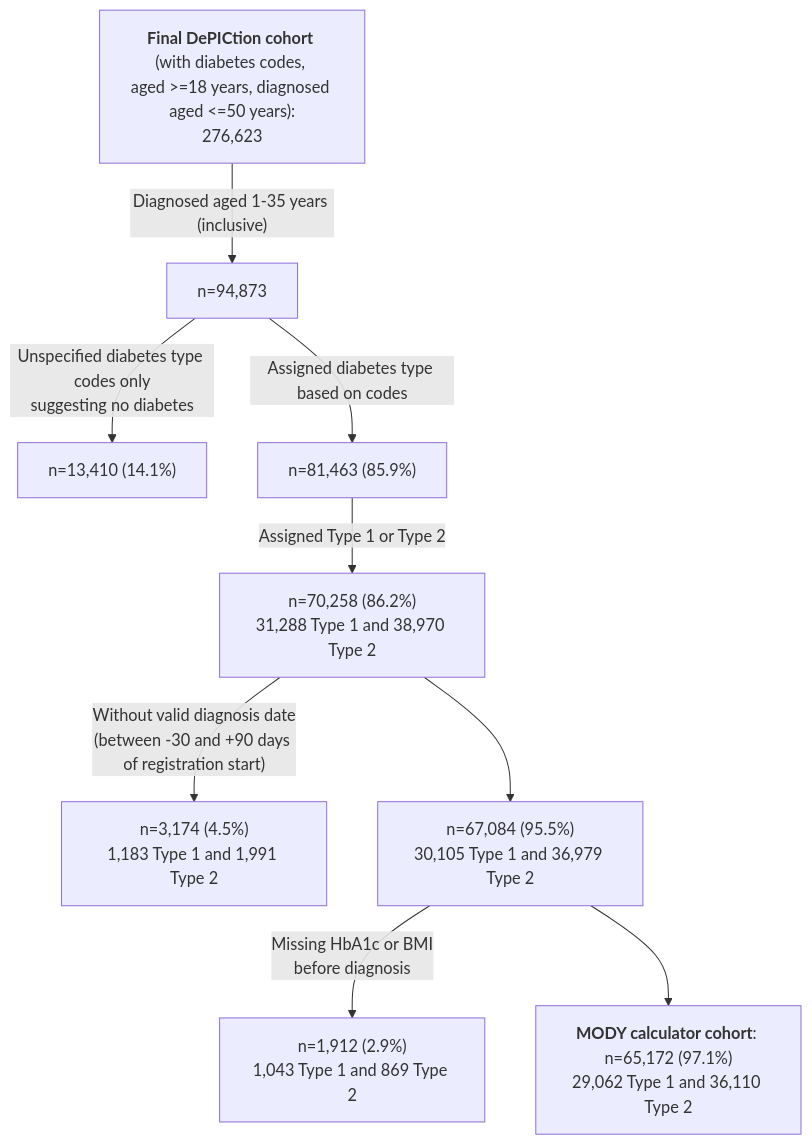
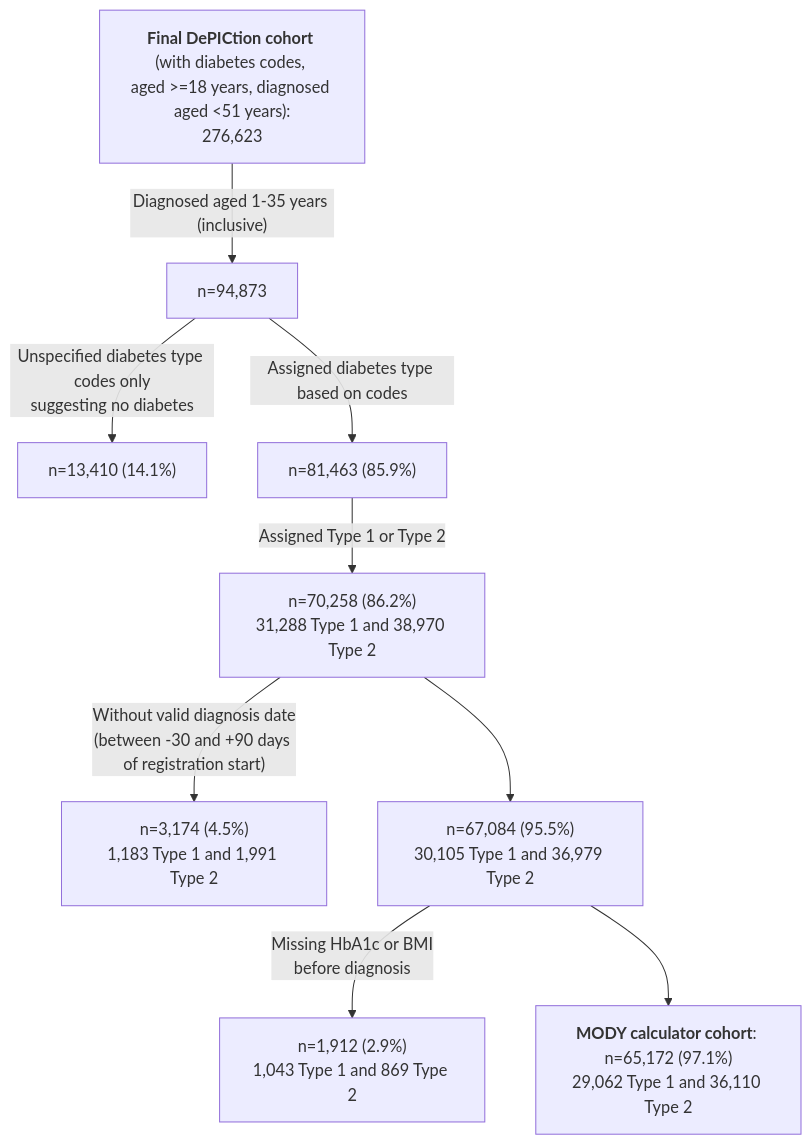
Before and after one commit to Exeter-Diabetes/CPRD-Katie-DePICtion-Scripts: the fourth of 5 diagrams in README.md, drawn with Mermaid. The commit also changed other lines of this file, not shown here.

````diff
--- a/README.md
+++ b/README.md
@@ -123,11 +123,11 @@
 ```mermaid
 graph TD;
-    A["<b>Final DePICtion cohort</b> (with diabetes codes, <br>aged >=18 years, diagnosed aged <=50 years):<br>276,623"] --> |"Diagnosed aged 1-35 years (inclusive)"| B["n=94,873"]
+    A["<b>Final DePICtion cohort</b> (with diabetes codes, <br>aged >=18 years, diagnosed aged <51 years):<br>276,623"] --> |"Diagnosed aged 1-35 years (inclusive)"| B["n=94,873"]
     B --> |"Unspecified diabetes type codes only<br>suggesting no diabetes"| C["n=13,410 (14.1%)"]
     B --> |"Assigned diabetes type based on codes"| D["n=81,463 (85.9%)"]
     D --> |"Assigned Type 1 or Type 2"| E["n=70,258 (86.2%)<br>31,288 Type 1 and 38,970 Type 2"]
     E --> |"Without valid diagnosis date<br>(between -30 and +90 days of registration start)"| F["n=3,174 (4.5%)<br>1,183 Type 1 and 1,991 Type 2"]
     E --> G["n=67,084 (95.5%)<br>30,105 Type 1 and 36,979 Type 2"]
     G --> |"Missing HbA1c or BMI<br>before diagnosis"|H["n=1,912 (2.9%)<br>1,043 Type 1 and 869 Type 2"]
     G --> I["<b>MODY calculator cohort</b>: n=65,172 (97.1%)<br>29,062 Type 1 and 36,110 Type 2"]
 ```
````
